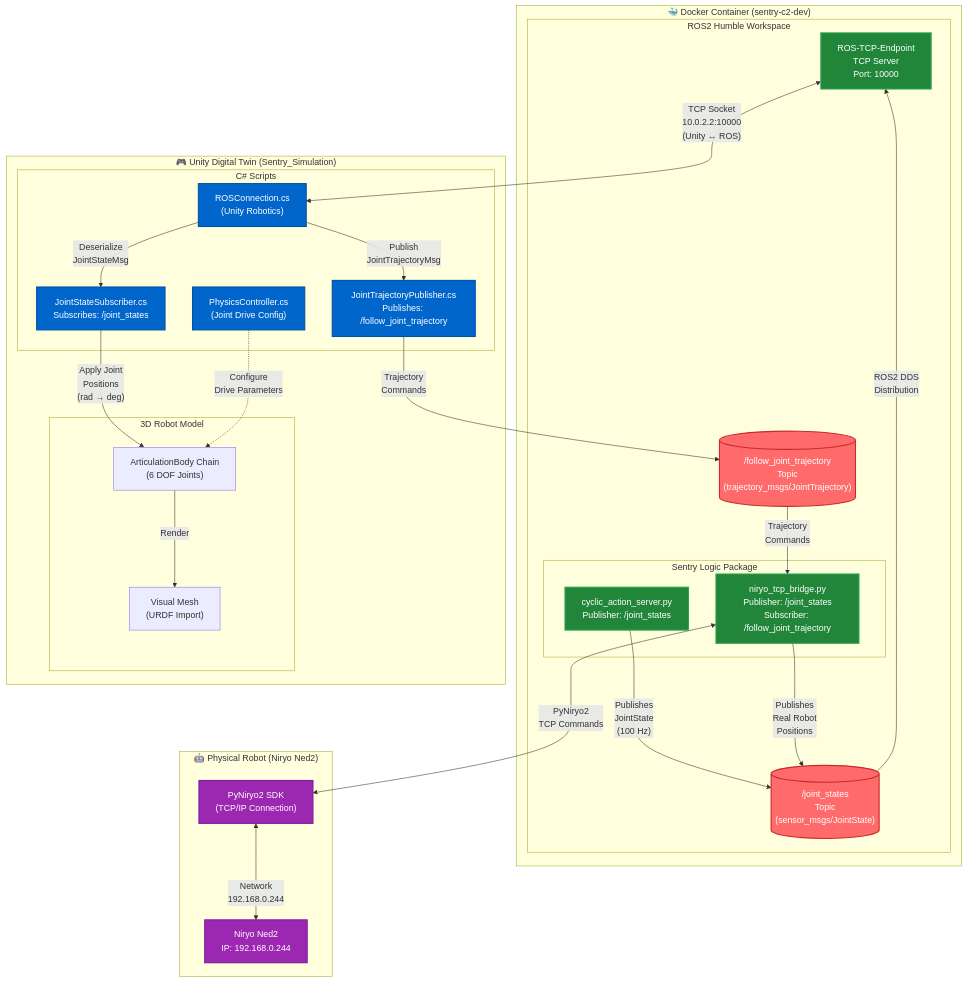
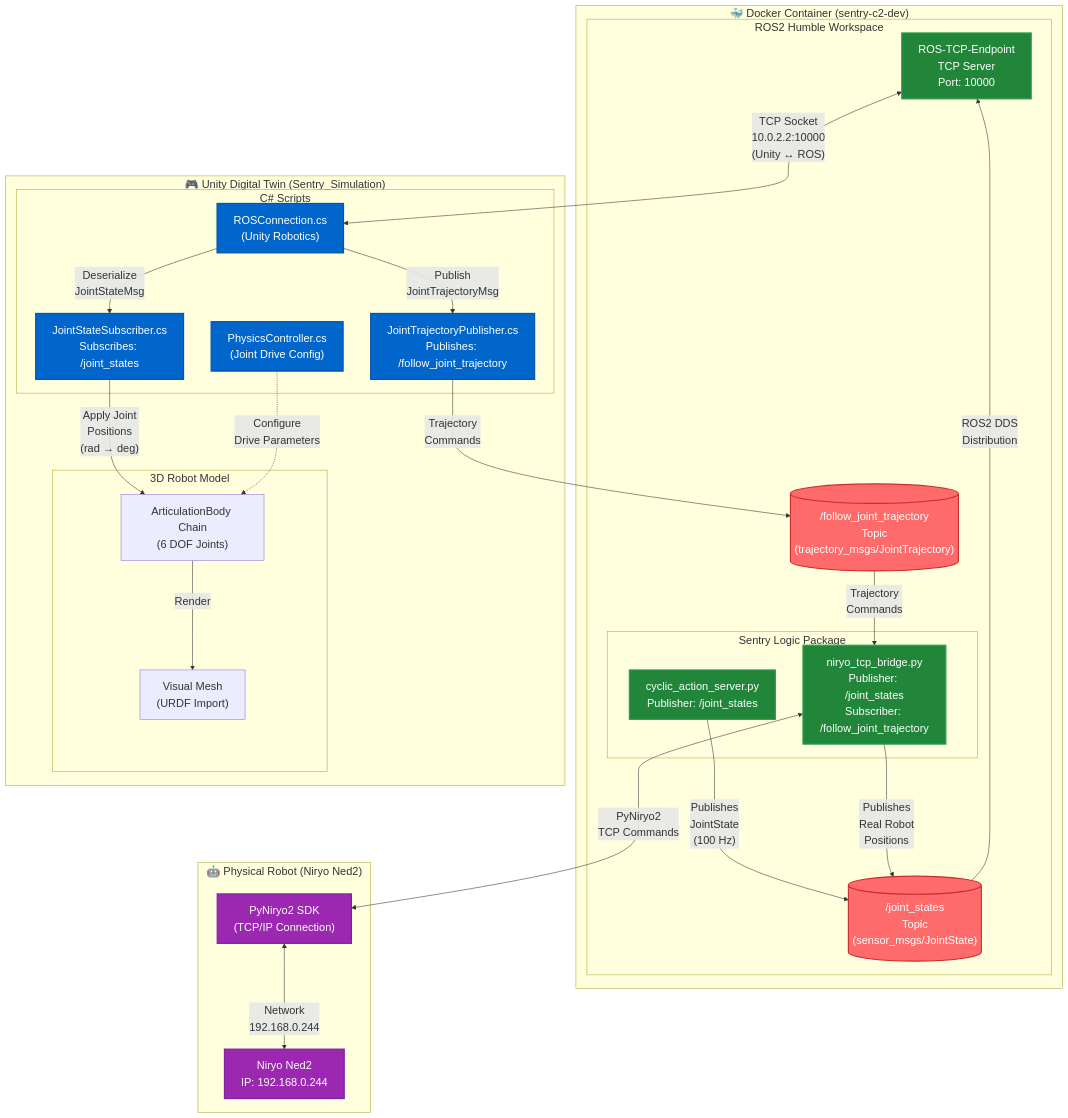
The diagram in robotflow.md (LukePepin/SentryC2), drawn with Mermaid before and after one commit.

Commit message:
Modify communication flow diagram formatting
Updated communication flow diagram in robotflow.md

````diff
--- a/robotflow.md
+++ b/robotflow.md
@@ -17,68 +17,69 @@
 ```mermaid
+%%{init: {"themeVariables": {"fontSize": "20px"}}}%%
 flowchart TB
     subgraph Docker["🐳 Docker Container (sentry-c2-dev)"]
         subgraph ROS2["ROS2 Humble Workspace"]
             TCPEndpoint["ROS-TCP-Endpoint<br/>TCP Server<br/>Port: 10000"]
             
             subgraph SentryLogic["Sentry Logic Package"]
                 CyclicServer["cyclic_action_server.py<br/>Publisher: /joint_states"]
                 NiryoBridge["niryo_tcp_bridge.py<br/>Publisher: /joint_states<br/>Subscriber: /follow_joint_trajectory"]
             end
             
             JointStateTopic[("/joint_states<br/>Topic<br/>(sensor_msgs/JointState)")]
             TrajectoryTopic[("/follow_joint_trajectory<br/>Topic<br/>(trajectory_msgs/JointTrajectory)")]
         end
     end
     
     subgraph Unity["🎮 Unity Digital Twin (Sentry_Simulation)"]
         subgraph UnityScripts["C# Scripts"]
             ROSConnection["ROSConnection.cs<br/>(Unity Robotics)"]
             JointSub["JointStateSubscriber.cs<br/>Subscribes: /joint_states"]
             JointPub["JointTrajectoryPublisher.cs<br/>Publishes: /follow_joint_trajectory"]
             PhysicsController["PhysicsController.cs<br/>(Joint Drive Config)"]
         end
         
         subgraph UnityModel["3D Robot Model"]
             ArticulationChain["ArticulationBody Chain<br/>(6 DOF Joints)"]
             VisualModel["Visual Mesh<br/>(URDF Import)"]
         end
     end
     
     subgraph Robot["🤖 Physical Robot (Niryo Ned2)"]
         NiryoHardware["Niryo Ned2<br/>IP: 192.168.0.244"]
         PyNiryo["PyNiryo2 SDK<br/>(TCP/IP Connection)"]
     end
 
     %% Data Flow Connections
     CyclicServer -->|"Publishes<br/>JointState<br/>(100 Hz)"| JointStateTopic
     NiryoBridge -->|"Publishes<br/>Real Robot<br/>Positions"| JointStateTopic
     
     JointStateTopic -->|"ROS2 DDS<br/>Distribution"| TCPEndpoint
     
     TCPEndpoint <-->|"TCP Socket<br/>10.0.2.2:10000<br/>(Unity ↔ ROS)"| ROSConnection
     
     ROSConnection -->|"Deserialize<br/>JointStateMsg"| JointSub
     ROSConnection -->|"Publish<br/>JointTrajectoryMsg"| JointPub
     
     JointSub -->|"Apply Joint<br/>Positions<br/>(rad → deg)"| ArticulationChain
     JointPub -->|"Trajectory<br/>Commands"| TrajectoryTopic
     
     PhysicsController -.->|"Configure<br/>Drive Parameters"| ArticulationChain
     ArticulationChain -->|"Render"| VisualModel
     
     NiryoBridge <-->|"PyNiryo2<br/>TCP Commands"| PyNiryo
     PyNiryo <-->|"Network<br/>192.168.0.244"| NiryoHardware
     
     TrajectoryTopic -->|"Trajectory<br/>Commands"| NiryoBridge
 
     %% Styling
     classDef rosNode fill:#22863a,stroke:#2ea44f,stroke-width:2px,color:#fff
     classDef unityNode fill:#0066cc,stroke:#0052a3,stroke-width:2px,color:#fff
     classDef topicNode fill:#ff6b6b,stroke:#c92a2a,stroke-width:2px,color:#fff
     classDef robotNode fill:#9c27b0,stroke:#7b1fa2,stroke-width:2px,color:#fff
     
     class CyclicServer,NiryoBridge,TCPEndpoint rosNode
     class ROSConnection,JointSub,JointPub,PhysicsController unityNode
     class JointStateTopic,TrajectoryTopic topicNode
     class NiryoHardware,PyNiryo robotNode
 ```
````
